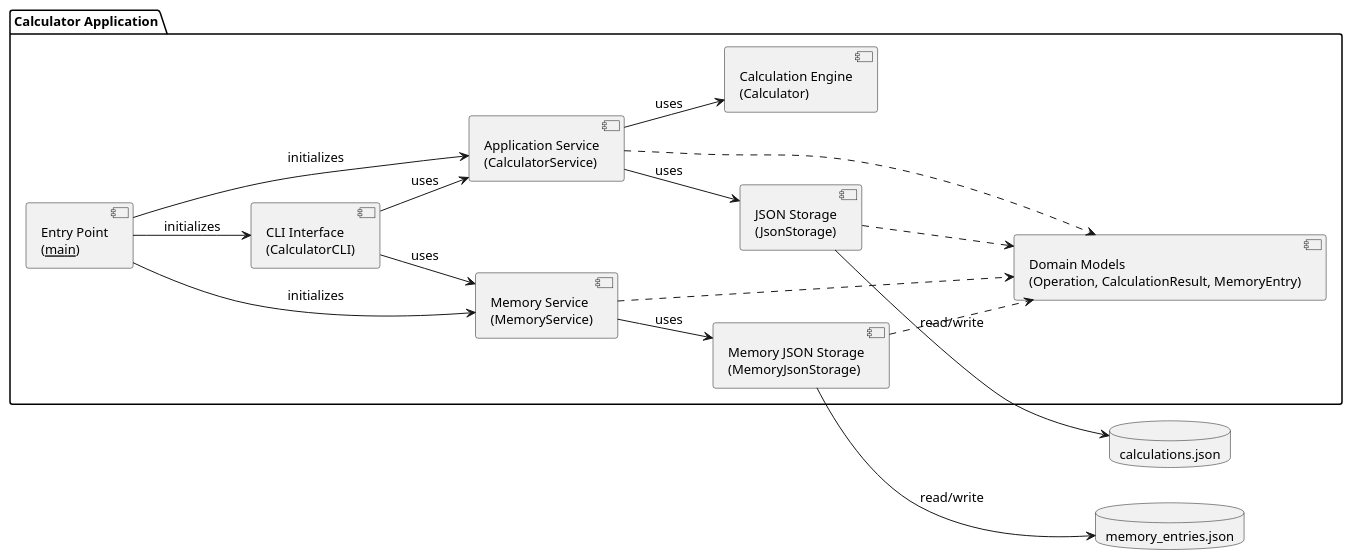
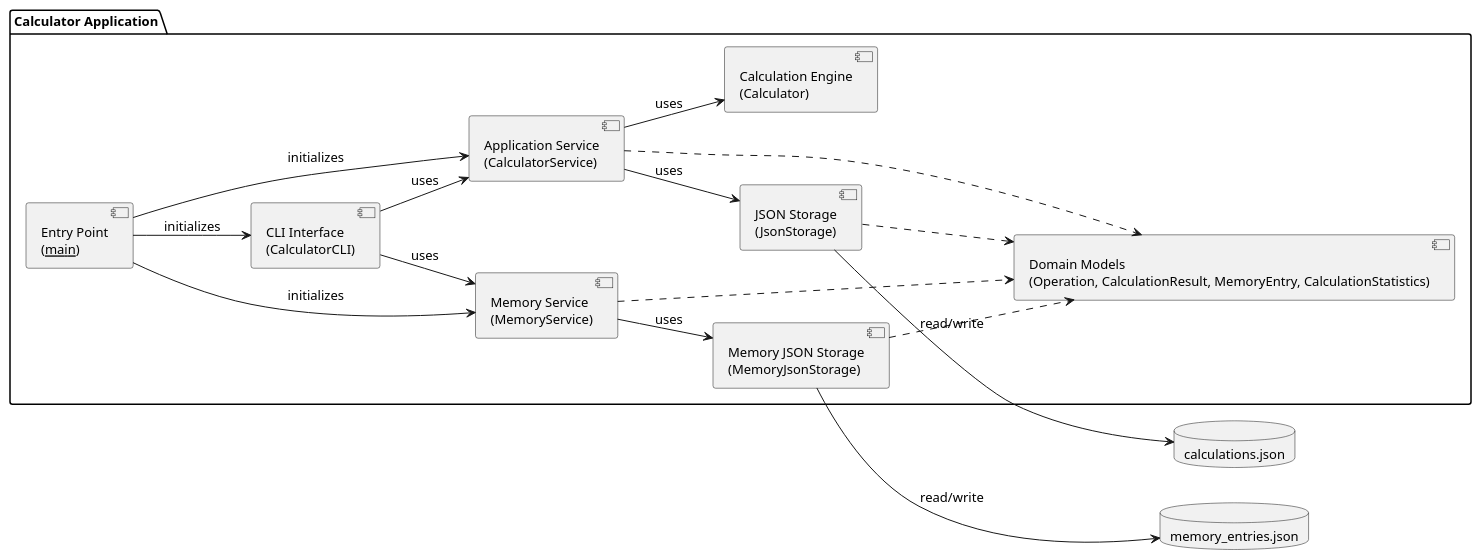
The diagram in experiments/pipeline/structured_text/calculator/artifacts/component_diagram.puml (DanielRiha8906/Software_autoevolution_using_agents), drawn with PlantUML before and after one commit. The commit also changed 14 other files, not shown here.

```diff
--- a/experiments/pipeline/structured_text/calculator/artifacts/component_diagram.puml
+++ b/experiments/pipeline/structured_text/calculator/artifacts/component_diagram.puml
@@ -1,43 +1,43 @@
 @startuml component_diagram
 
 skinparam componentStyle uml2
 skinparam defaultFontSize 13
 left to right direction
 
 package "Calculator Application" {
 
     component "Entry Point\n(__main__)" as Main
     component "CLI Interface\n(CalculatorCLI)" as CLI
 
     component "Application Service\n(CalculatorService)" as Service
     component "Memory Service\n(MemoryService)" as MemService
 
     component "Calculation Engine\n(Calculator)" as Calc
     component "JSON Storage\n(JsonStorage)" as Store
     component "Memory JSON Storage\n(MemoryJsonStorage)" as MemStore
 
-    component "Domain Models\n(Operation, CalculationResult, MemoryEntry)" as Models
+    component "Domain Models\n(Operation, CalculationResult, MemoryEntry, CalculationStatistics)" as Models
 
     Main --> CLI : initializes
     Main --> Service : initializes
     Main --> MemService : initializes
 
     CLI --> Service : uses
     CLI --> MemService : uses
     Service --> Calc : uses
     Service --> Store : uses
     MemService --> MemStore : uses
 
     Service ..> Models
     Store ..> Models
     MemService ..> Models
     MemStore ..> Models
 }
 
 database "calculations.json" as DB
 database "memory_entries.json" as MemDB
 
 Store --> DB : read/write
 MemStore --> MemDB : read/write
 
 @enduml
```
